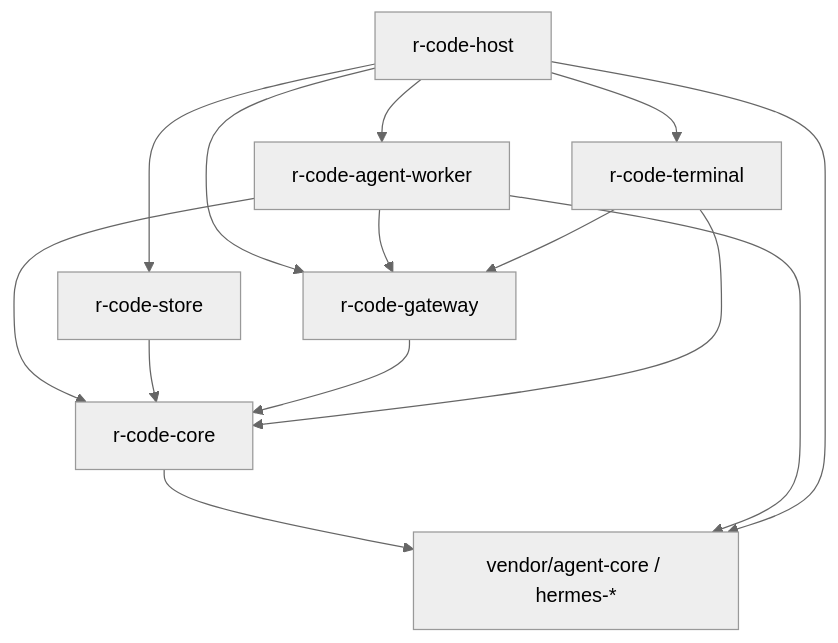
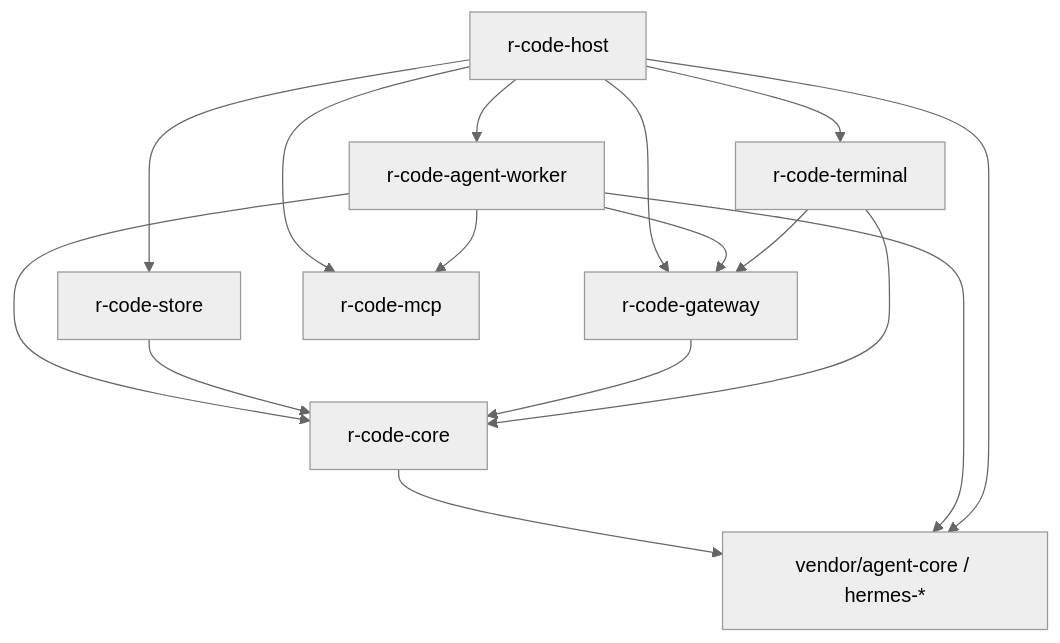
Before and after one commit to foritin/r-code: the second of 7 diagrams in docs/ARCHITECTURE.md, drawn with Mermaid (neutral theme). The commit also changed other lines of this file and 8 other files, not shown here.

````diff
--- a/docs/ARCHITECTURE.md
+++ b/docs/ARCHITECTURE.md
@@ -74,16 +81,18 @@
 ```mermaid
 flowchart TD
     Host["r-code-host"] --> Worker["r-code-agent-worker"]
     Host --> Store["r-code-store"]
     Host --> Gateway["r-code-gateway"]
     Host --> Terminal["r-code-terminal"]
+    Host --> MCPClient["r-code-mcp"]
     Worker --> Gateway
     Worker --> Core["r-code-core"]
+    Worker --> MCPClient
     Store --> Core
     Gateway --> Core
     Terminal --> Gateway
     Terminal --> Core
     Core --> Hermes["vendor/agent-core / hermes-*"]
     Worker --> Hermes
     Host --> Hermes
 ```
````
